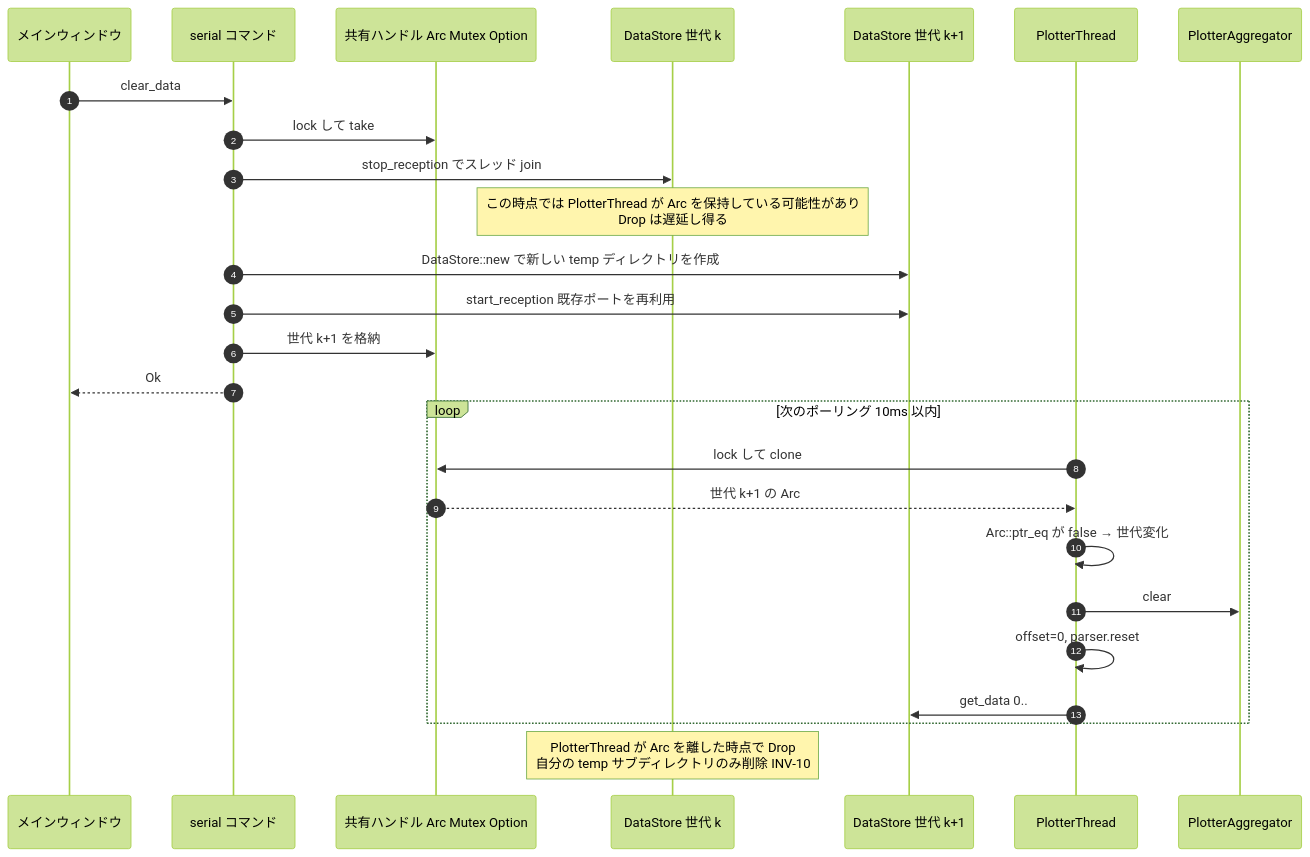
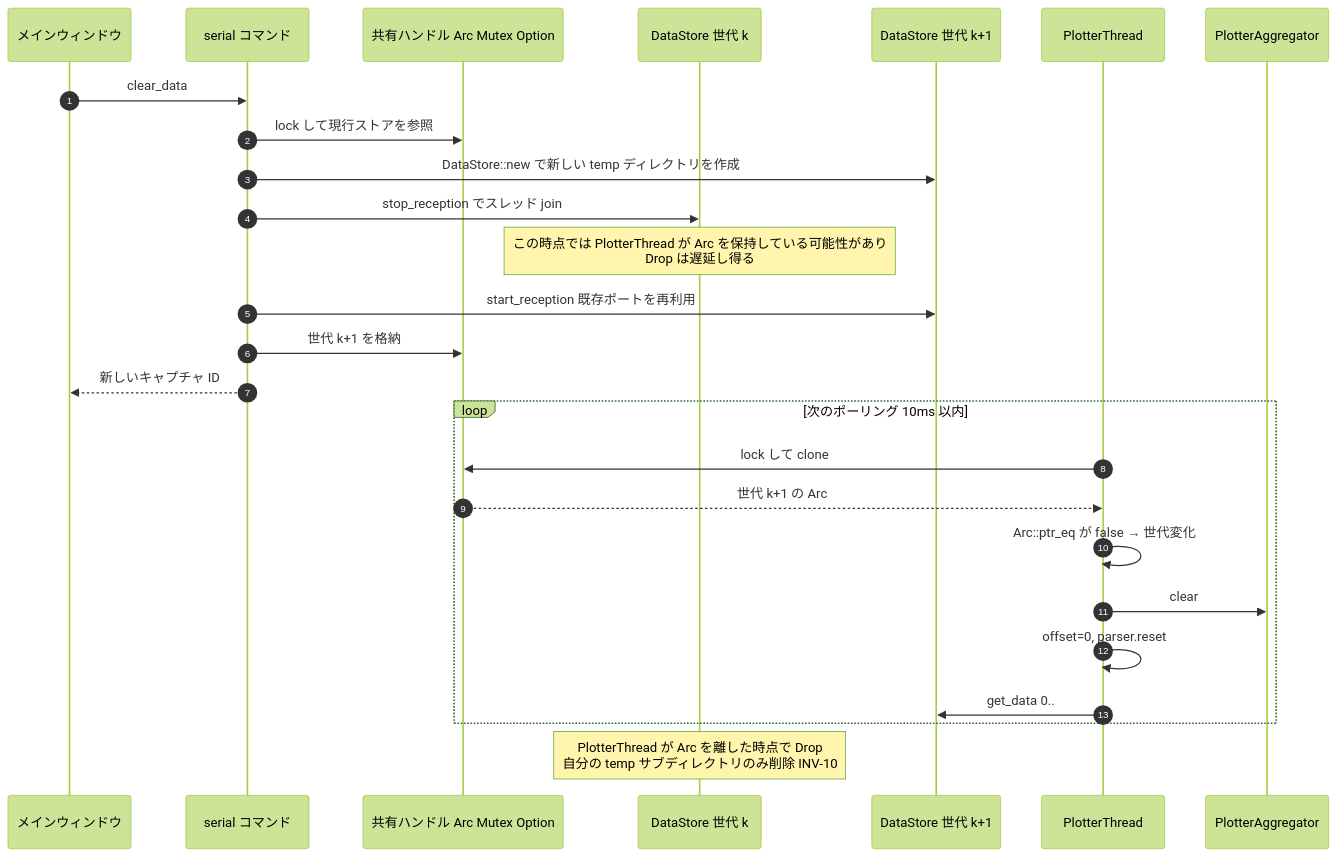
One commit to 771-8bit/SerialMonitorEssential changed diagram 11 of 12 in docs/22_architecture_description.md. Above: the diagram before and after it, drawn with Mermaid (forest theme). The commit also changed other lines of this file and 6 other files, not shown here.

````diff
--- a/docs/22_architecture_description.md
+++ b/docs/22_architecture_description.md
@@ -544,30 +547,30 @@
 ```mermaid
 sequenceDiagram
     autonumber
     participant FE as メインウィンドウ
     participant CMD as serial コマンド
     participant SH as 共有ハンドル Arc Mutex Option
     participant S1 as DataStore 世代 k
     participant S2 as DataStore 世代 k+1
     participant PT as PlotterThread
     participant AG as PlotterAggregator
 
     FE->>CMD: clear_data
-    CMD->>SH: lock して take
+    CMD->>SH: lock して現行ストアを参照
+    CMD->>S2: DataStore::new で新しい temp ディレクトリを作成
     CMD->>S1: stop_reception でスレッド join
     Note over S1: この時点では PlotterThread が Arc を保持している可能性があり<br/>Drop は遅延し得る
-    CMD->>S2: DataStore::new で新しい temp ディレクトリを作成
     CMD->>S2: start_reception 既存ポートを再利用
     CMD->>SH: 世代 k+1 を格納
-    CMD-->>FE: Ok
+    CMD-->>FE: 新しいキャプチャ ID
 
     loop 次のポーリング 10ms 以内
         PT->>SH: lock して clone
         SH-->>PT: 世代 k+1 の Arc
         PT->>PT: Arc::ptr_eq が false → 世代変化
         PT->>AG: clear
         PT->>PT: offset=0, parser.reset
         PT->>S2: get_data 0..
     end
     Note over S1: PlotterThread が Arc を離した時点で Drop<br/>自分の temp サブディレクトリのみ削除 INV-10
 ```
````
